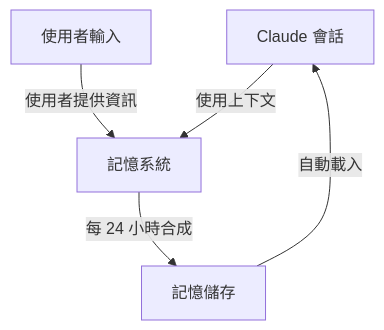
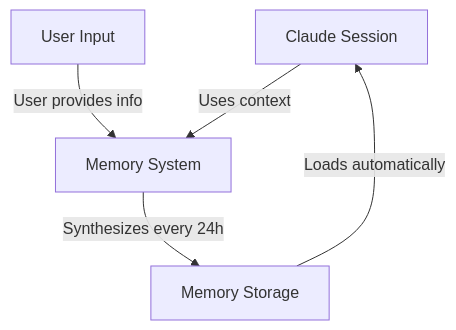
The seventh of 20 diagrams in claude_concepts_guide.md (huckly/claude-howto-zh-tw), drawn with Mermaid before and after one commit. The commit also changed other lines of this file and 8 other files, not shown here.

````diff
--- a/claude_concepts_guide.md
+++ b/claude_concepts_guide.md
@@ -541,12 +556,12 @@
 ```mermaid
 graph TB
-    A["Claude 會話"]
-    B["使用者輸入"]
-    C["記憶系統"]
-    D["記憶儲存"]
+    A["Claude Session"]
+    B["User Input"]
+    C["Memory System"]
+    D["Memory Storage"]
 
-    B -->|使用者提供資訊| C
-    C -->|每 24 小時合成| D
-    D -->|自動載入| A
-    A -->|使用上下文| C
+    B -->|User provides info| C
+    C -->|Synthesizes every 24h| D
+    D -->|Loads automatically| A
+    A -->|Uses context| C
 ```
````
